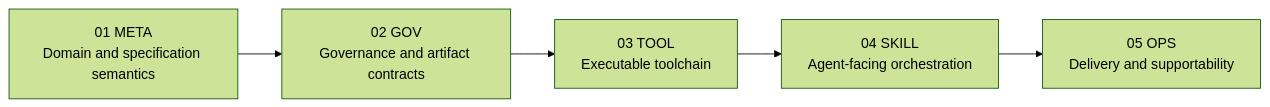
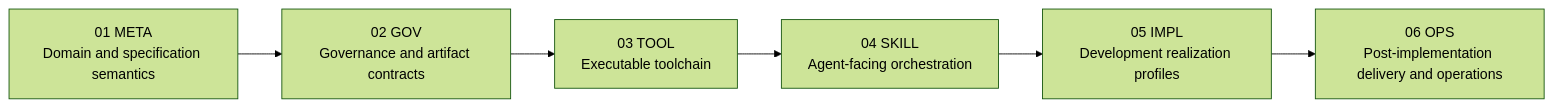
Before and after one commit to anatoly-m-maslennikov/dset-specs-loops-framework: the first of 2 diagrams in README.md, drawn with Mermaid (forest theme). The commit also changed other lines of this file and 158 other files, not shown here.

First line of the commit message:
feat: add implementation profiles layer

````diff
--- a/README.md
+++ b/README.md
@@ -45,10 +45,11 @@
 ```mermaid
 flowchart LR
     META["01 META<br/>Domain and specification semantics"]
     GOV["02 GOV<br/>Governance and artifact contracts"]
     TOOL["03 TOOL<br/>Executable toolchain"]
     SKILL["04 SKILL<br/>Agent-facing orchestration"]
-    OPS["05 OPS<br/>Delivery and supportability"]
+    IMPL["05 IMPL<br/>Development realization profiles"]
+    OPS["06 OPS<br/>Post-implementation delivery and operations"]
 
-    META --> GOV --> TOOL --> SKILL --> OPS
+    META --> GOV --> TOOL --> SKILL --> IMPL --> OPS
 ```
````
